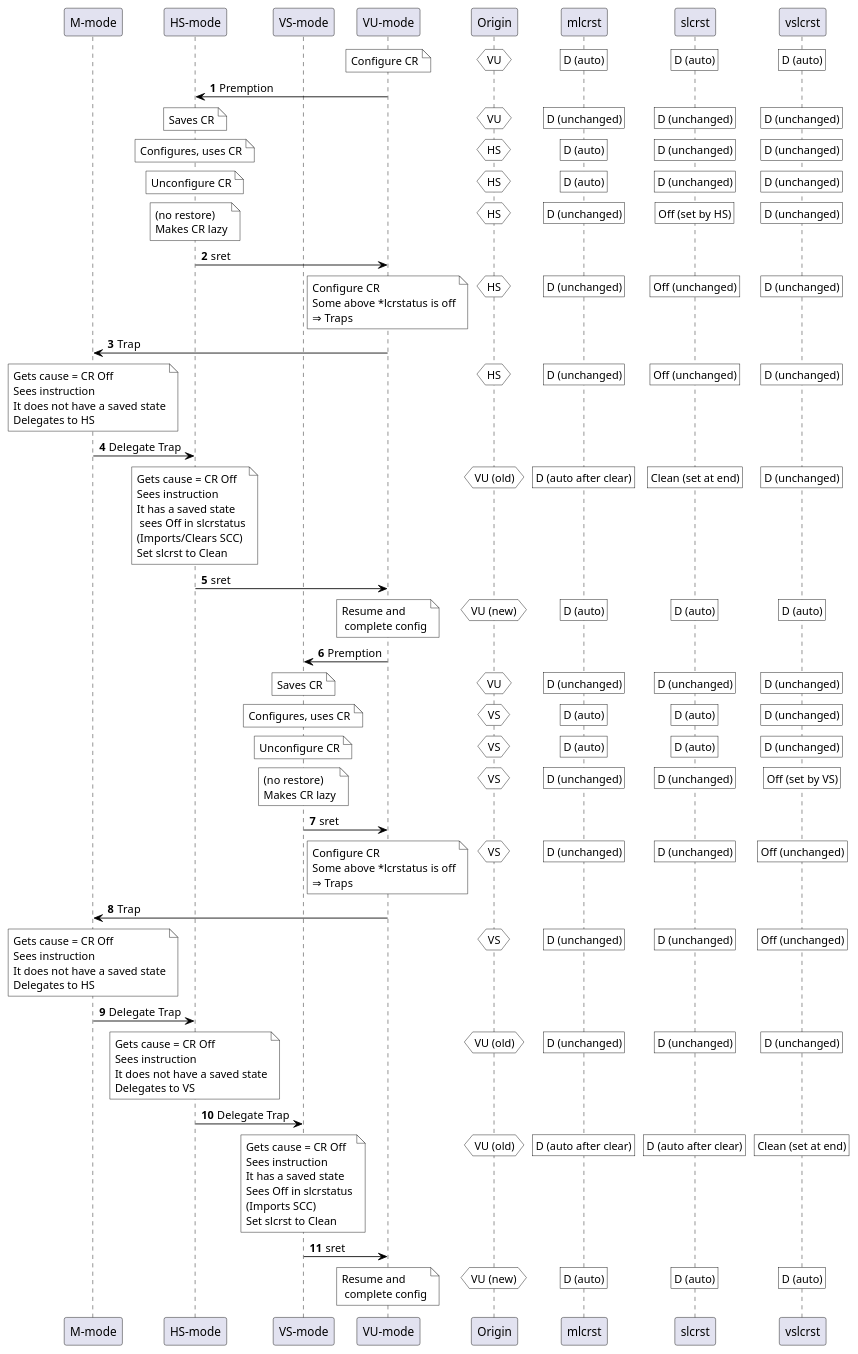
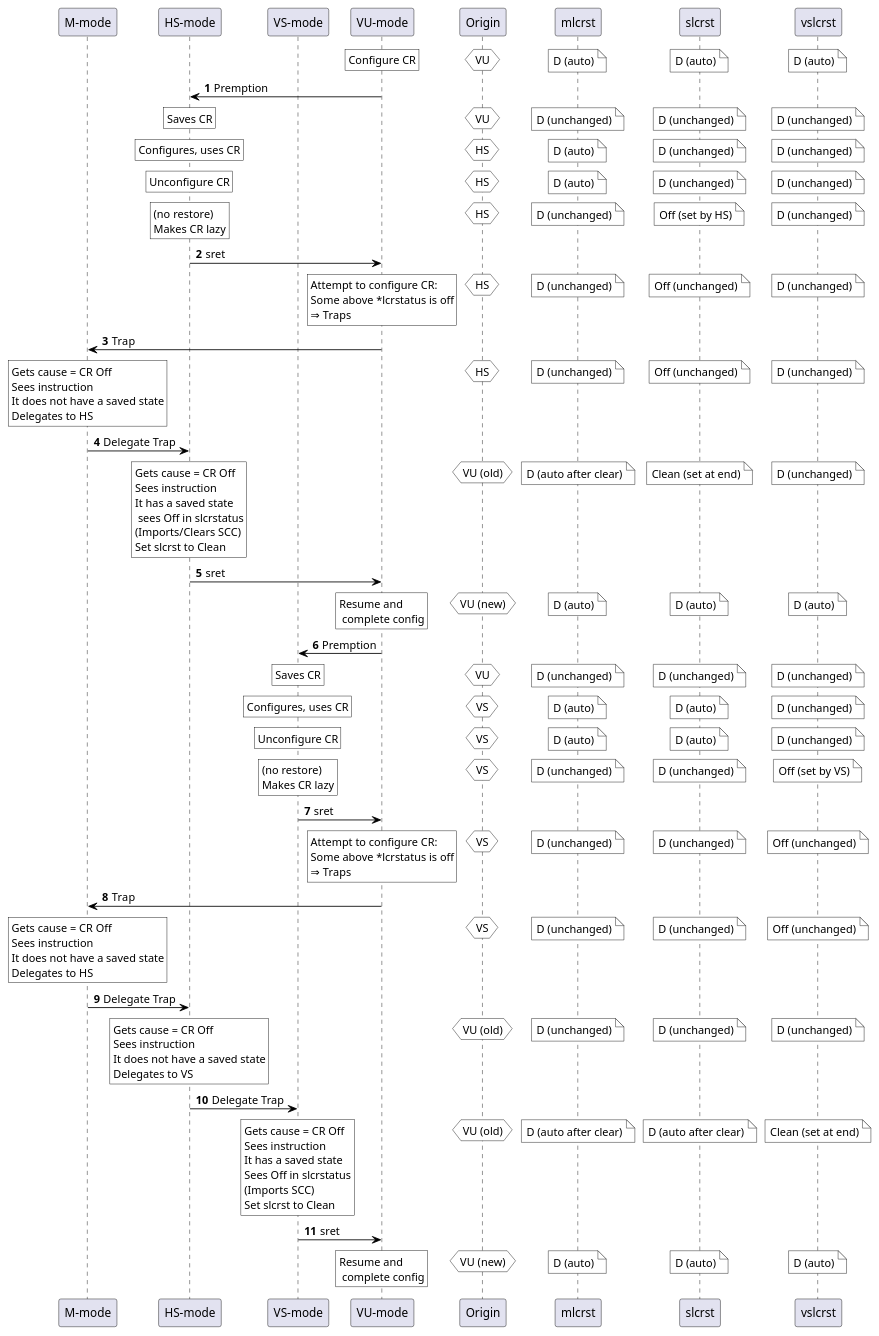
One commit to riscv/riscv-high-assurance-cryptography changed the sixth of 6 diagrams in src/ace-ISA-priv.adoc. Above: the diagram before and after it, drawn with PlantUML.

Commit message:
Update sequence diagram styling in ace-ISA-priv

```diff
--- a/src/ace-ISA-priv.adoc
+++ b/src/ace-ISA-priv.adoc
@@ -521,6 +521,8 @@
 skinparam noteBorderColor black
 skinparam noteBackgroundColor white
 
+skinparam noteVerticalAlignment BOTTOM
+
 autonumber
 
 participant "M-mode" as M
@@ -532,137 +534,137 @@
 participant "slcrst" as sl
 participant "vslcrst" as vsl
 
-note over U : Configure CR
+rnote over U : Configure CR
 / hnote over O : VU
-/ rnote over ml : D (auto)
-/ rnote over sl : D (auto)
-/ rnote over vsl : D (auto)
+/ note over ml : D (auto)
+/ note over sl : D (auto)
+/ note over vsl : D (auto)
 
 U -> HS : Premption
 
-note over HS : Saves CR
+rnote over HS : Saves CR
 / hnote over O : VU
-/ rnote over ml :  D (unchanged)
-/ rnote over sl :  D (unchanged)
-/ rnote over vsl : D (unchanged)
+/ note  over ml :  D (unchanged)
+/ note over sl :  D (unchanged)
+/ note over vsl : D (unchanged)
 
-note over HS : Configures, uses CR
+rnote over HS : Configures, uses CR
 / hnote over O : HS
-/ rnote over ml :  D (auto)
-/ rnote over sl :  D (unchanged)
-/ rnote over vsl : D (unchanged)
+/ note over ml :  D (auto)
+/ note over sl :  D (unchanged)
+/ note over vsl : D (unchanged)
 
-note over HS : Unconfigure CR
+rnote over HS : Unconfigure CR
 / hnote over O : HS
-/ rnote over ml :  D (auto)
-/ rnote over sl :  D (unchanged)
-/ rnote over vsl : D (unchanged)
+/ note over ml :  D (auto)
+/ note over sl :  D (unchanged)
+/ note over vsl : D (unchanged)
 
-note over HS : (no restore)\nMakes CR lazy
+rnote over HS : (no restore)\nMakes CR lazy
 / hnote over O : HS
-/ rnote over ml :  D (unchanged)
-/ rnote over sl :  Off (set by HS)
-/ rnote over vsl : D (unchanged)
+/ note over ml :  D (unchanged)
+/ note over sl :  Off (set by HS)
+/ note over vsl : D (unchanged)
 
 HS -> U : sret
 
-note over U : Configure CR\nSome above *lcrstatus is off\n⇒ Traps
+rnote over U : Attempt to configure CR:\nSome above *lcrstatus is off\n⇒ Traps
 / hnote over O : HS
-/ rnote over ml :  D (unchanged)
-/ rnote over sl :  Off (unchanged)
-/ rnote over vsl : D (unchanged)
+/ note over ml :  D (unchanged)
+/ note over sl :  Off (unchanged)
+/ note over vsl : D (unchanged)
 
 U -> M : Trap
 
-note over M : Gets cause = CR Off\nSees instruction\nIt does not have a saved state\nDelegates to HS
+rnote over M : Gets cause = CR Off\nSees instruction\nIt does not have a saved state\nDelegates to HS
 / hnote over O : HS
-/ rnote over ml :  D (unchanged)
-/ rnote over sl :  Off (unchanged)
-/ rnote over vsl : D (unchanged)
+/ note over ml :  D (unchanged)
+/ note over sl :  Off (unchanged)
+/ note over vsl : D (unchanged)
 
 M -> HS : Delegate Trap
 
-note over HS : Gets cause = CR Off\nSees instruction\nIt has a saved state\n sees Off in slcrstatus\n(Imports/Clears SCC)\nSet slcrst to Clean
+rnote over HS : Gets cause = CR Off\nSees instruction\nIt has a saved state\n sees Off in slcrstatus\n(Imports/Clears SCC)\nSet slcrst to Clean
 / hnote over O : VU (old)
-/ rnote over ml :  D (auto after clear)
-/ rnote over sl :  Clean (set at end)
-/ rnote over vsl : D (unchanged)
+/ note over ml :  D (auto after clear)
+/ note over sl :  Clean (set at end)
+/ note over vsl : D (unchanged)
 
 HS -> U : sret
 
-note over U : Resume and\n complete config
+rnote over U : Resume and\n complete config
 / hnote over O : VU (new)
-/ rnote over ml : D (auto)
-/ rnote over sl : D (auto)
-/ rnote over vsl : D (auto)
+/ note over ml : D (auto)
+/ note over sl : D (auto)
+/ note over vsl : D (auto)
 
 
 U -> VS : Premption
 
-note over VS : Saves CR
+rnote over VS : Saves CR
 / hnote over O : VU
-/ rnote over ml :  D (unchanged)
-/ rnote over sl :  D (unchanged)
-/ rnote over vsl : D (unchanged)
+/ note over ml :  D (unchanged)
+/ note over sl :  D (unchanged)
+/ note over vsl : D (unchanged)
 
-note over VS : Configures, uses CR
+rnote over VS : Configures, uses CR
 / hnote over O : VS
-/ rnote over ml :  D (auto)
-/ rnote over sl :  D (auto)
-/ rnote over vsl : D (unchanged)
+/ note over ml :  D (auto)
+/ note over sl :  D (auto)
+/ note over vsl : D (unchanged)
 
-note over VS : Unconfigure CR
+rnote over VS : Unconfigure CR
 / hnote over O : VS
-/ rnote over ml :  D (auto)
-/ rnote over sl :  D (auto)
-/ rnote over vsl : D (unchanged)
+/ note over ml :  D (auto)
+/ note over sl :  D (auto)
+/ note over vsl : D (unchanged)
 
-note over VS : (no restore)\nMakes CR lazy
+rnote over VS : (no restore)\nMakes CR lazy
 / hnote over O : VS
-/ rnote over ml :  D (unchanged)
-/ rnote over sl :  D (unchanged)
-/ rnote over vsl : Off (set by VS)
+/ note over ml :  D (unchanged)
+/ note over sl :  D (unchanged)
+/ note over vsl : Off (set by VS)
 
 VS -> U : sret
 
-note over U : Configure CR\nSome above *lcrstatus is off\n⇒ Traps
+rnote over U : Attempt to configure CR:\nSome above *lcrstatus is off\n⇒ Traps
 / hnote over O : VS
-/ rnote over ml :  D (unchanged)
-/ rnote over sl :  D (unchanged)
-/ rnote over vsl : Off (unchanged)
+/ note over ml :  D (unchanged)
+/ note over sl :  D (unchanged)
+/ note over vsl : Off (unchanged)
 
 U -> M : Trap
 
-note over M : Gets cause = CR Off\nSees instruction\nIt does not have a saved state\nDelegates to HS
+rnote over M : Gets cause = CR Off\nSees instruction\nIt does not have a saved state\nDelegates to HS
 / hnote over O : VS
-/ rnote over ml :  D (unchanged)
-/ rnote over sl :  D (unchanged)
-/ rnote over vsl : Off (unchanged)
+/ note over ml :  D (unchanged)
+/ note over sl :  D (unchanged)
+/ note over vsl : Off (unchanged)
 
 M -> HS : Delegate Trap
 
-note over HS : Gets cause = CR Off\nSees instruction\nIt does not have a saved state\nDelegates to VS
+rnote over HS : Gets cause = CR Off\nSees instruction\nIt does not have a saved state\nDelegates to VS
 / hnote over O : VU (old)
-/ rnote over ml :  D (unchanged)
-/ rnote over sl :  D (unchanged)
-/ rnote over vsl : D (unchanged)
+/ note over ml :  D (unchanged)
+/ note over sl :  D (unchanged)
+/ note over vsl : D (unchanged)
 
 HS -> VS : Delegate Trap
 
-note over VS : Gets cause = CR Off\nSees instruction\nIt has a saved state\nSees Off in slcrstatus\n(Imports SCC)\nSet slcrst to Clean
+rnote over VS : Gets cause = CR Off\nSees instruction\nIt has a saved state\nSees Off in slcrstatus\n(Imports SCC)\nSet slcrst to Clean
 / hnote over O : VU (old)
-/ rnote over ml :  D (auto after clear)
-/ rnote over sl :  D (auto after clear)
-/ rnote over vsl : Clean (set at end)
+/ note over ml :  D (auto after clear)
+/ note over sl :  D (auto after clear)
+/ note over vsl : Clean (set at end)
 
 VS -> U : sret
 
 
-note over U : Resume and\n complete config
+rnote over U : Resume and\n complete config
 / hnote over O : VU (new)
-/ rnote over ml : D (auto)
-/ rnote over sl : D (auto)
-/ rnote over vsl : D (auto)
+/ note over ml : D (auto)
+/ note over sl : D (auto)
+/ note over vsl : D (auto)
 
 @enduml
 ....
```
